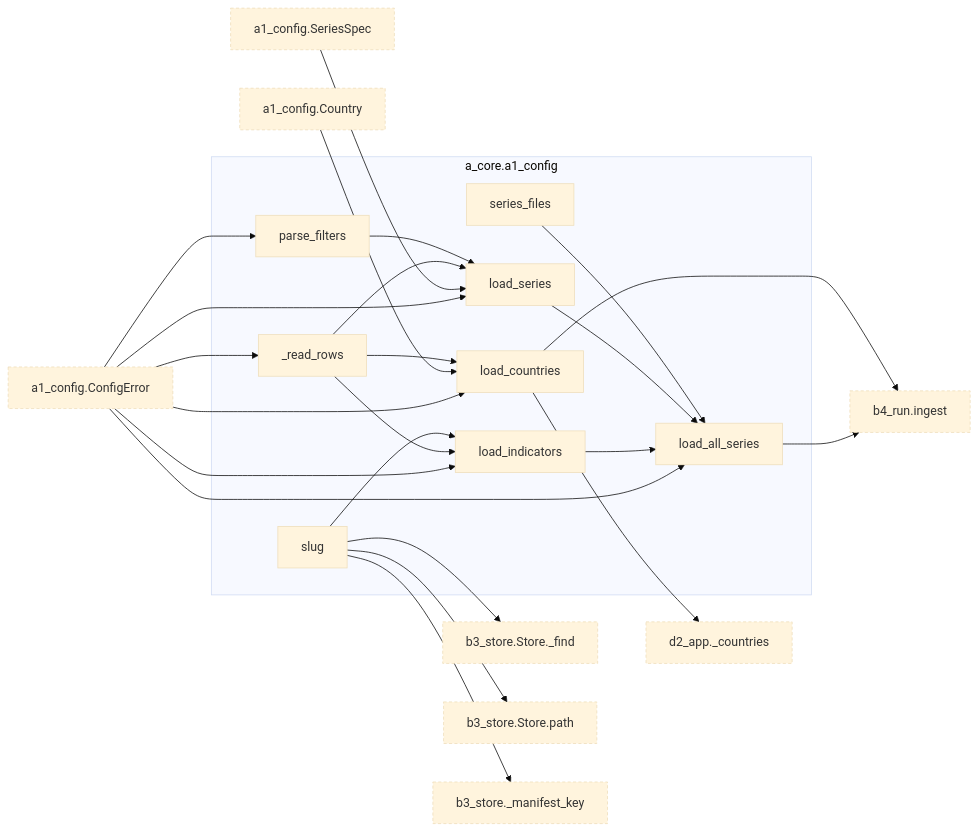
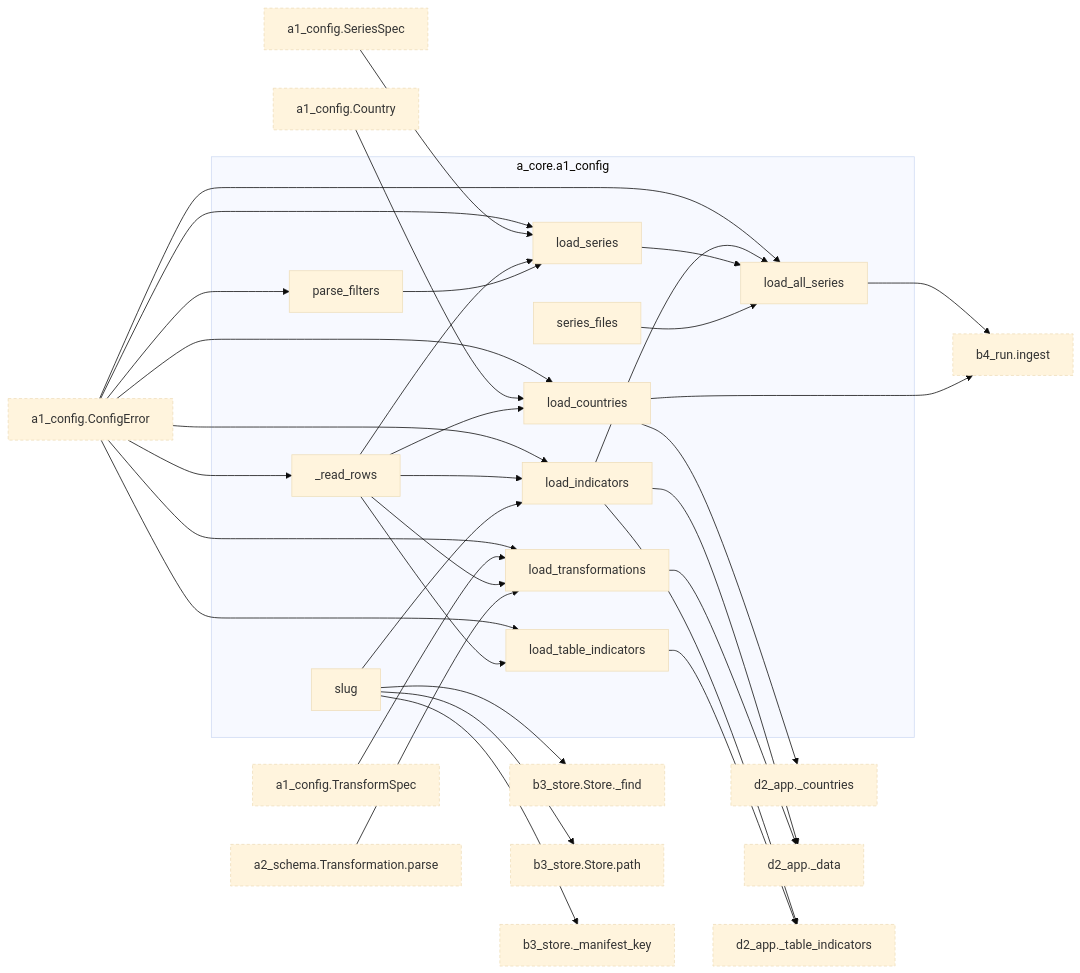
Before and after one commit to bsawyerg15/MacroScan: the third of 13 diagrams in docs/architecture.md, drawn with Mermaid (base theme). The commit also changed other lines of this file and 14 other files, not shown here.

````diff
--- a/docs/architecture.md
+++ b/docs/architecture.md
@@ -198,60 +217,82 @@
 ```mermaid
 flowchart LR
   subgraph this["a_core.a1_config"]
     n_a_core_a1_config__read_rows["_read_rows"]
     n_a_core_a1_config_load_all_series["load_all_series"]
     n_a_core_a1_config_load_countries["load_countries"]
     n_a_core_a1_config_load_indicators["load_indicators"]
     n_a_core_a1_config_load_series["load_series"]
+    n_a_core_a1_config_load_table_indicators["load_table_indicators"]
+    n_a_core_a1_config_load_transformations["load_transformations"]
     n_a_core_a1_config_parse_filters["parse_filters"]
     n_a_core_a1_config_series_files["series_files"]
     n_a_core_a1_config_slug["slug"]
   end
   n_a_core_a1_config_ConfigError["a1_config.ConfigError"]:::ext
   n_a_core_a1_config_Country["a1_config.Country"]:::ext
   n_a_core_a1_config_SeriesSpec["a1_config.SeriesSpec"]:::ext
+  n_a_core_a1_config_TransformSpec["a1_config.TransformSpec"]:::ext
+  n_a_core_a2_schema_Transformation_parse["a2_schema.Transformation.parse"]:::ext
   n_b_ingest_b3_store_Store__find["b3_store.Store._find"]:::ext
   n_b_ingest_b3_store_Store_path["b3_store.Store.path"]:::ext
   n_b_ingest_b3_store__manifest_key["b3_store._manifest_key"]:::ext
   n_b_ingest_b4_run_ingest["b4_run.ingest"]:::ext
   n_d_visualization_d2_app__countries["d2_app._countries"]:::ext
+  n_d_visualization_d2_app__data["d2_app._data"]:::ext
+  n_d_visualization_d2_app__table_indicators["d2_app._table_indicators"]:::ext
   n_a_core_a1_config_ConfigError --> n_a_core_a1_config__read_rows
   n_a_core_a1_config_ConfigError --> n_a_core_a1_config_load_all_series
   n_a_core_a1_config_load_indicators --> n_a_core_a1_config_load_all_series
   n_a_core_a1_config_load_series --> n_a_core_a1_config_load_all_series
   n_a_core_a1_config_series_files --> n_a_core_a1_config_load_all_series
   n_a_core_a1_config_ConfigError --> n_a_core_a1_config_load_countries
   n_a_core_a1_config_Country --> n_a_core_a1_config_load_countries
   n_a_core_a1_config__read_rows --> n_a_core_a1_config_load_countries
   n_a_core_a1_config_ConfigError --> n_a_core_a1_config_load_indicators
   n_a_core_a1_config__read_rows --> n_a_core_a1_config_load_indicators
   n_a_core_a1_config_slug --> n_a_core_a1_config_load_indicators
   n_a_core_a1_config_ConfigError --> n_a_core_a1_config_load_series
   n_a_core_a1_config_SeriesSpec --> n_a_core_a1_config_load_series
   n_a_core_a1_config__read_rows --> n_a_core_a1_config_load_series
   n_a_core_a1_config_parse_filters --> n_a_core_a1_config_load_series
+  n_a_core_a1_config_ConfigError --> n_a_core_a1_config_load_table_indicators
+  n_a_core_a1_config__read_rows --> n_a_core_a1_config_load_table_indicators
+  n_a_core_a1_config_ConfigError --> n_a_core_a1_config_load_transformations
+  n_a_core_a1_config_TransformSpec --> n_a_core_a1_config_load_transformations
+  n_a_core_a1_config__read_rows --> n_a_core_a1_config_load_transformations
+  n_a_core_a2_schema_Transformation_parse --> n_a_core_a1_config_load_transformations
   n_a_core_a1_config_ConfigError --> n_a_core_a1_config_parse_filters
   n_a_core_a1_config_slug --> n_b_ingest_b3_store_Store__find
   n_a_core_a1_config_slug --> n_b_ingest_b3_store_Store_path
   n_a_core_a1_config_slug --> n_b_ingest_b3_store__manifest_key
   n_a_core_a1_config_load_all_series --> n_b_ingest_b4_run_ingest
   n_a_core_a1_config_load_countries --> n_b_ingest_b4_run_ingest
   n_a_core_a1_config_load_countries --> n_d_visualization_d2_app__countries
+  n_a_core_a1_config_load_indicators --> n_d_visualization_d2_app__data
+  n_a_core_a1_config_load_transformations --> n_d_visualization_d2_app__data
+  n_a_core_a1_config_load_indicators --> n_d_visualization_d2_app__table_indicators
+  n_a_core_a1_config_load_table_indicators --> n_d_visualization_d2_app__table_indicators
   click n_a_core_a1_config_ConfigError href "#cls-ConfigError"
   click n_a_core_a1_config_Country href "#cls-Country"
   click n_a_core_a1_config_SeriesSpec href "#cls-SeriesSpec"
+  click n_a_core_a1_config_TransformSpec href "#cls-TransformSpec"
   click n_a_core_a1_config__read_rows href "#fn-a_core-a1_config-_read_rows"
   click n_a_core_a1_config_load_all_series href "#fn-a_core-a1_config-load_all_series"
   click n_a_core_a1_config_load_countries href "#fn-a_core-a1_config-load_countries"
   click n_a_core_a1_config_load_indicators href "#fn-a_core-a1_config-load_indicators"
   click n_a_core_a1_config_load_series href "#fn-a_core-a1_config-load_series"
+  click n_a_core_a1_config_load_table_indicators href "#fn-a_core-a1_config-load_table_indicators"
+  click n_a_core_a1_config_load_transformations href "#fn-a_core-a1_config-load_transformations"
   click n_a_core_a1_config_parse_filters href "#fn-a_core-a1_config-parse_filters"
   click n_a_core_a1_config_series_files href "#fn-a_core-a1_config-series_files"
   click n_a_core_a1_config_slug href "#fn-a_core-a1_config-slug"
+  click n_a_core_a2_schema_Transformation_parse href "#fn-a_core-a2_schema-Transformation.parse"
   click n_b_ingest_b3_store_Store__find href "#fn-b_ingest-b3_store-Store._find"
   click n_b_ingest_b3_store_Store_path href "#fn-b_ingest-b3_store-Store.path"
   click n_b_ingest_b3_store__manifest_key href "#fn-b_ingest-b3_store-_manifest_key"
   click n_b_ingest_b4_run_ingest href "#fn-b_ingest-b4_run-ingest"
   click n_d_visualization_d2_app__countries href "#fn-d_visualization-d2_app-_countries"
+  click n_d_visualization_d2_app__data href "#fn-d_visualization-d2_app-_data"
+  click n_d_visualization_d2_app__table_indicators href "#fn-d_visualization-d2_app-_table_indicators"
   classDef ext stroke-dasharray: 4 3
 ```
````
